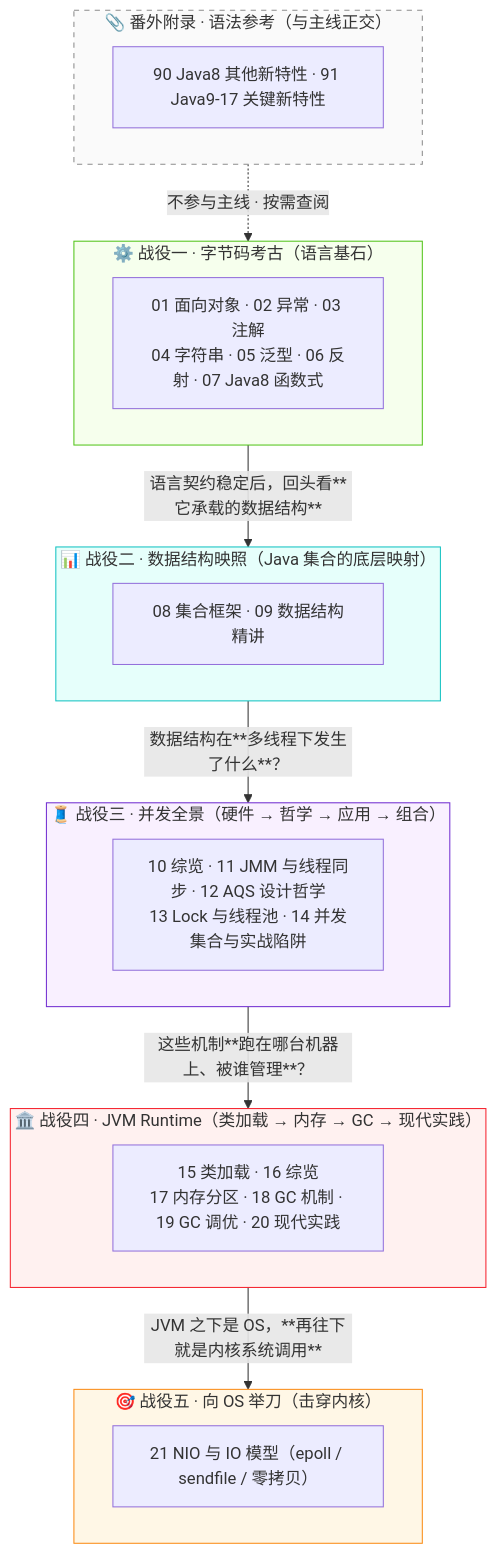
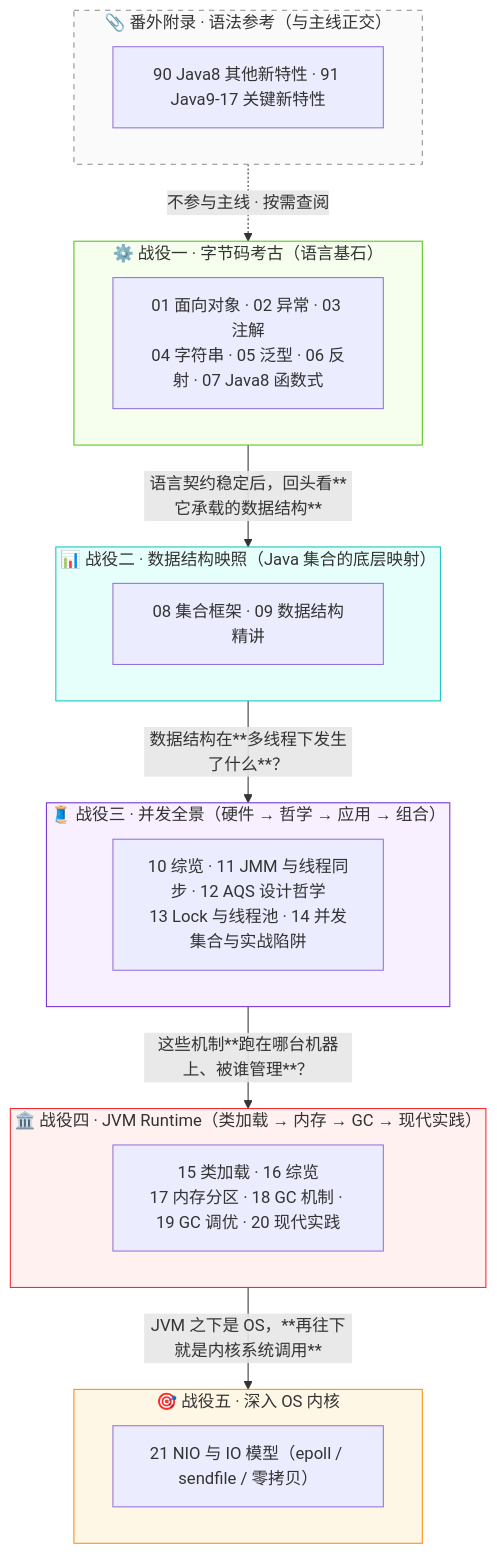
Before and after one commit to b1tzer/b1tzer.github.io: the second of 3 diagrams in docs/01-java-basic/00-Java 物理透视：从字节码剖析到 JVM 内存布局的二十四篇.md, drawn with Mermaid. The commit also changed other lines of this file and 16 other files, not shown here.

````diff
--- a/docs/01-java-basic/00-Java 物理透视：从字节码剖析到 JVM 内存布局的二十四篇.md
+++ b/docs/01-java-basic/00-Java 物理透视：从字节码剖析到 JVM 内存布局的二十四篇.md
@@ -58,39 +58,39 @@
 ```mermaid
 flowchart TB
     subgraph Z1["⚙️ 战役一 · 字节码考古（语言基石）"]
         direction LR
         Z11["01 面向对象 · 02 异常 · 03 注解<br/>04 字符串 · 05 泛型 · 06 反射 · 07 Java8 函数式"]
     end
     subgraph Z2["📊 战役二 · 数据结构映照（Java 集合的底层映射）"]
         direction LR
         Z21["08 集合框架 · 09 数据结构精讲"]
     end
     subgraph Z3["🧵 战役三 · 并发全景（硬件 → 哲学 → 应用 → 组合）"]
         direction LR
         Z31["10 综览 · 11 JMM 与线程同步 · 12 AQS 设计哲学<br/>13 Lock 与线程池 · 14 并发集合与实战陷阱"]
     end
     subgraph Z4["🏛️ 战役四 · JVM Runtime（类加载 → 内存 → GC → 现代实践）"]
         direction LR
         Z41["15 类加载 · 16 综览<br/>17 内存分区 · 18 GC 机制 · 19 GC 调优 · 20 现代实践"]
     end
-    subgraph Z5["🎯 战役五 · 向 OS 举刀（击穿内核）"]
+    subgraph Z5["🎯 战役五 · 深入 OS 内核"]
         direction LR
         Z51["21 NIO 与 IO 模型（epoll / sendfile / 零拷贝）"]
     end
     subgraph ZX["📎 番外附录 · 语法参考（与主线正交）"]
         direction LR
         ZX1["90 Java8 其他新特性 · 91 Java9-17 关键新特性"]
     end
     Z1 -->|"语言契约稳定后，回头看**它承载的数据结构**"| Z2
     Z2 -->|"数据结构在**多线程下发生了什么**？"| Z3
     Z3 -->|"这些机制**跑在哪台机器上、被谁管理**？"| Z4
     Z4 -->|"JVM 之下是 OS，**再往下就是内核系统调用**"| Z5
     ZX -.->|"不参与主线 · 按需查阅"| Z1
 
     style Z1 fill:#f6ffed,stroke:#52c41a
     style Z2 fill:#e6fffb,stroke:#13c2c2
     style Z3 fill:#f9f0ff,stroke:#722ed1
     style Z4 fill:#fff1f0,stroke:#f5222d
     style Z5 fill:#fff7e6,stroke:#fa8c16
     style ZX fill:#fafafa,stroke:#8c8c8c,stroke-dasharray: 5 5
 ```
````
